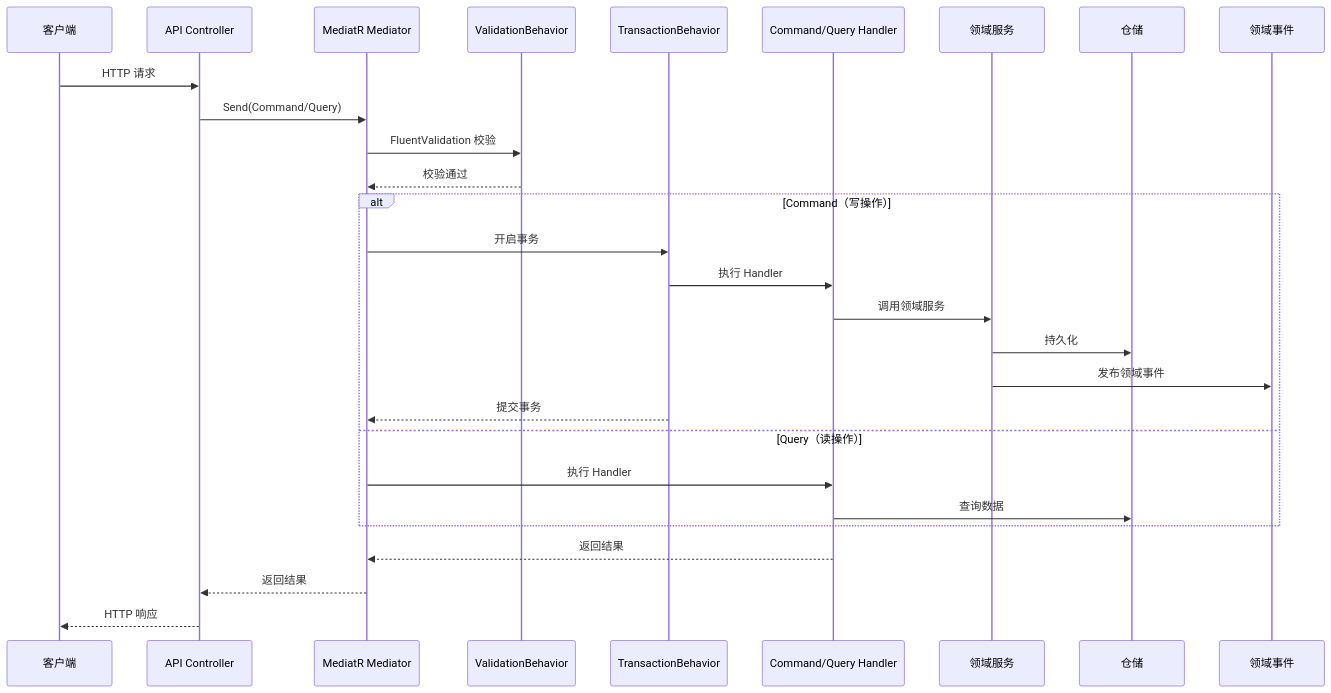
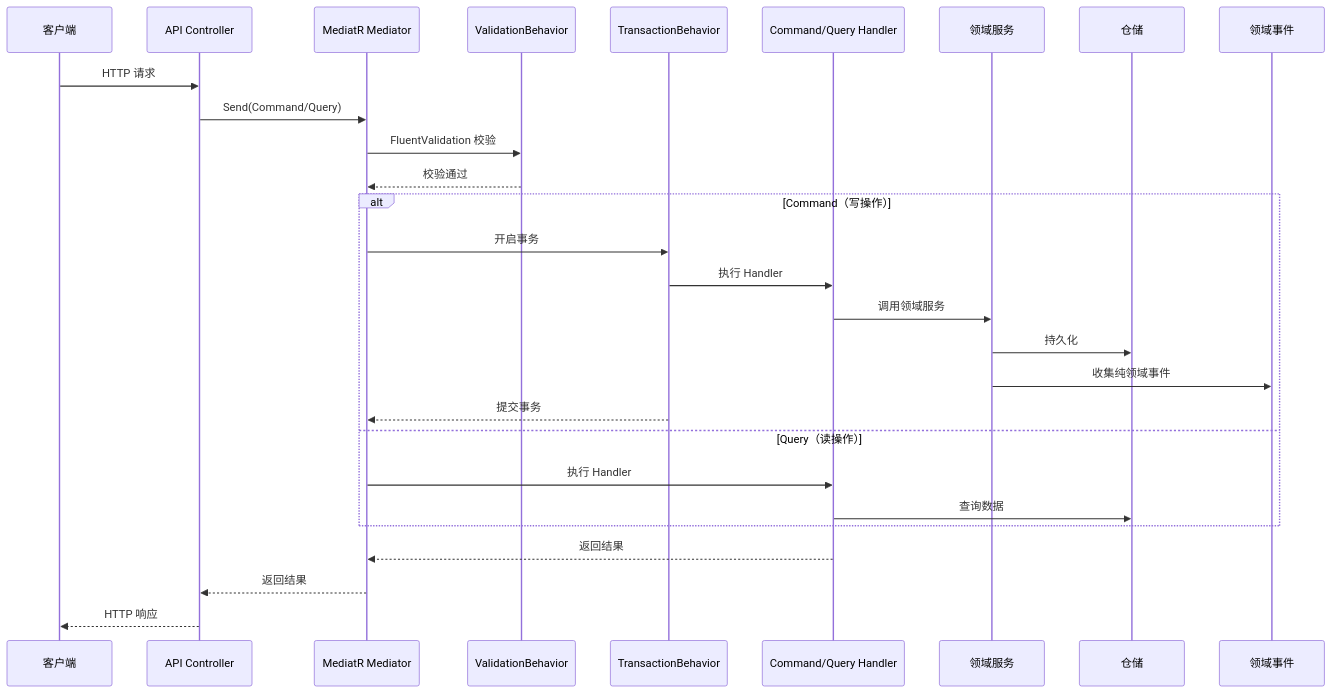
One commit to sun-1221/CloudDrive_115 changed the second of 2 diagrams in .kiro/specs/115-cloud-drive-net10/design.md. Above: the diagram before and after it, drawn with Mermaid. The commit also changed other lines of this file and 8 other files, not shown here.

````diff
--- a/.kiro/specs/115-cloud-drive-net10/design.md
+++ b/.kiro/specs/115-cloud-drive-net10/design.md
@@ -173,33 +173,33 @@
 ```mermaid
 sequenceDiagram
     participant Client as 客户端
     participant Controller as API Controller
     participant MediatR as MediatR Mediator
     participant Validation as ValidationBehavior
     participant Transaction as TransactionBehavior
     participant Handler as Command/Query Handler
     participant Domain as 领域服务
     participant Repo as 仓储
     participant Events as 领域事件
 
     Client->>Controller: HTTP 请求
     Controller->>MediatR: Send(Command/Query)
     MediatR->>Validation: FluentValidation 校验
     Validation-->>MediatR: 校验通过
 
     alt Command（写操作）
         MediatR->>Transaction: 开启事务
         Transaction->>Handler: 执行 Handler
         Handler->>Domain: 调用领域服务
         Domain->>Repo: 持久化
-        Domain->>Events: 发布领域事件
+        Domain->>Events: 收集纯领域事件
         Transaction-->>MediatR: 提交事务
     else Query（读操作）
         MediatR->>Handler: 执行 Handler
         Handler->>Repo: 查询数据
     end
 
     Handler-->>MediatR: 返回结果
     MediatR-->>Controller: 返回结果
     Controller-->>Client: HTTP 响应
 ```
````
